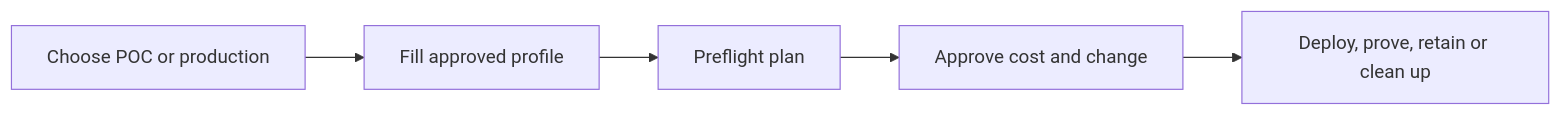
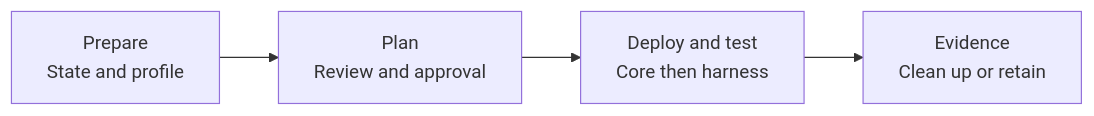
The diagram in README.md (Taipan-Academy/taipan-azure-vwan-accelerator), drawn with Mermaid before and after one commit. The commit also changed 1 other file, not shown here.

Commit message:
docs: streamline customer journey diagrams

````diff
--- a/README.md
+++ b/README.md
@@ -30,7 +30,10 @@
 ```mermaid
 flowchart LR
-    A["Choose POC or production"] --> B["Fill approved profile"]
-    B --> C["Preflight plan"]
-    C --> D["Approve cost and change"]
-    D --> E["Deploy, prove, retain or clean up"]
+    A["Prepare
+State and profile"] --> B["Plan
+Review and approval"]
+    B --> C["Deploy and test
+Core then harness"]
+    C --> D["Evidence
+Clean up or retain"]
 ```
````
